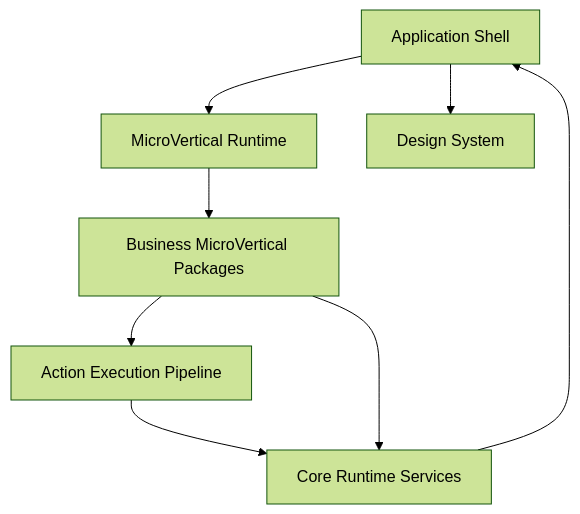
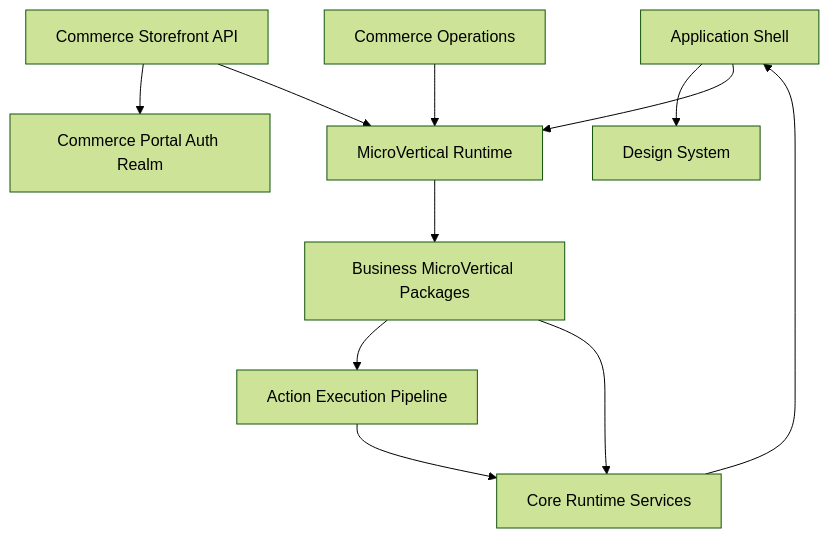
Before and after one commit to TechsioCZ/ontos: the diagram in docs/diagrams/c4-L3-application-runtime.md, drawn with Mermaid (forest theme). The commit also changed 19 other files, not shown here.

````diff
--- a/docs/diagrams/c4-L3-application-runtime.md
+++ b/docs/diagrams/c4-L3-application-runtime.md
@@ -3,17 +3,23 @@
 ```mermaid
 flowchart TB
   shell[Application Shell]
+  operations[Commerce Operations]
+  commerceapi[Commerce Storefront API]
+  portalauth[Commerce Portal Auth Realm]
   mvrt[MicroVertical Runtime]
   core[Core Runtime Services]
   actions[Action Execution Pipeline]
   mvs[Business MicroVertical Packages]
   ds[Design System]
 
   shell --> ds
   shell --> mvrt
+  operations --> mvrt
+  commerceapi --> portalauth
+  commerceapi --> mvrt
   mvrt --> mvs
   mvs --> actions
   actions --> core
   mvs --> core
   core --> shell
 ```
````
